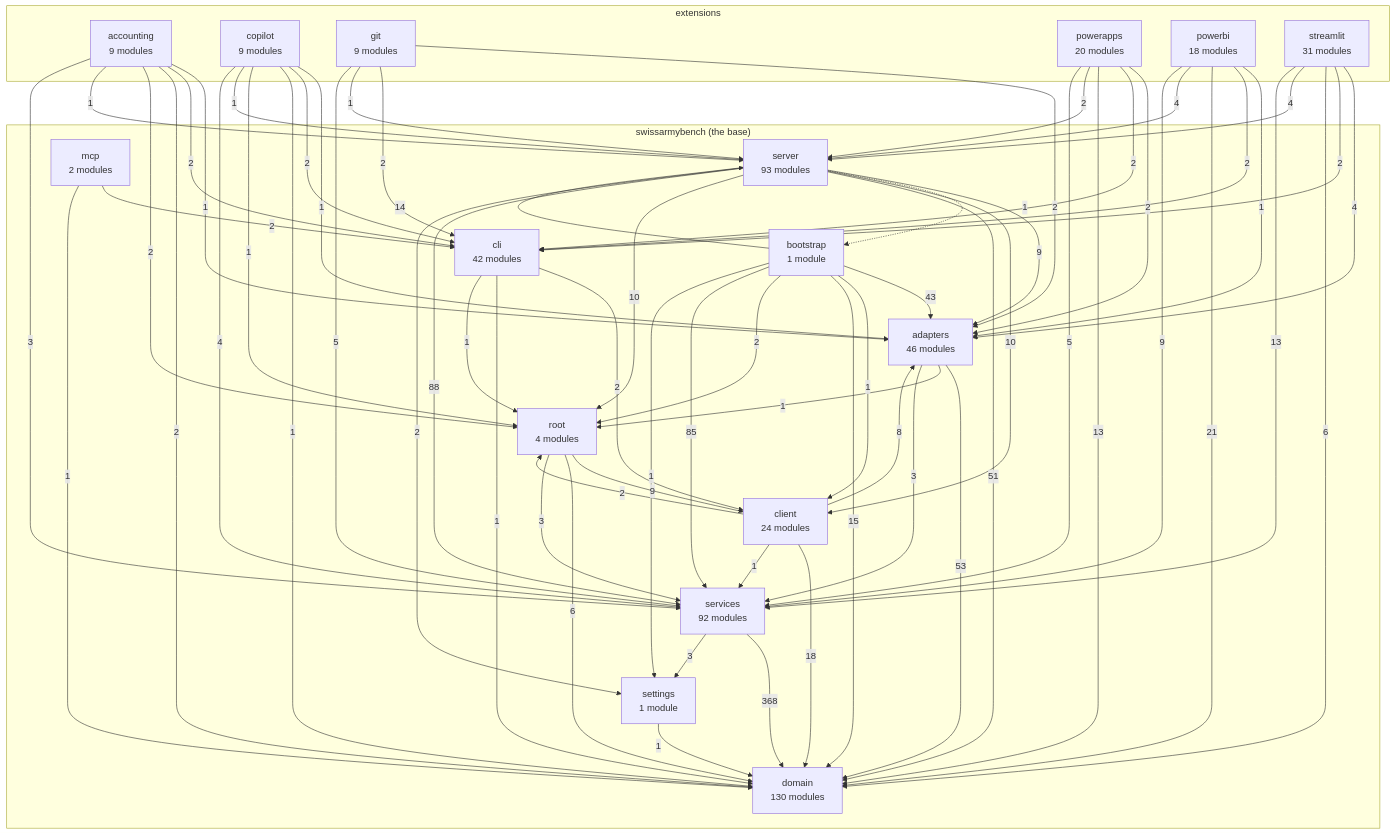
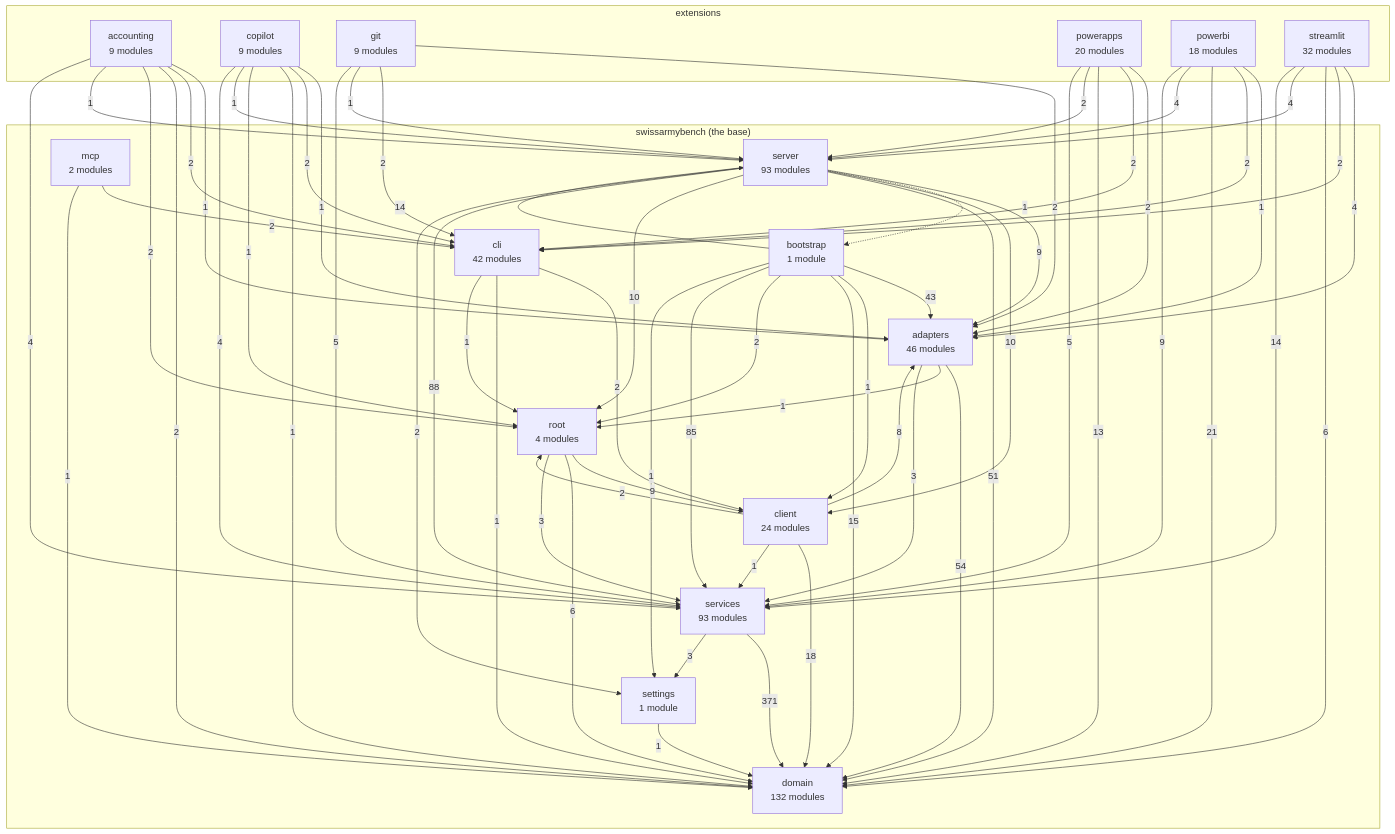
One commit to DylanCodyBrown/SwissArmyBench changed the diagram in docs/architecture-map.md. Above: the diagram before and after it, drawn with Mermaid. The commit also changed other lines of this file and 81 other files, not shown here.

````diff
--- a/docs/architecture-map.md
+++ b/docs/architecture-map.md
@@ -17,9 +17,9 @@
 ```mermaid
 flowchart TB
     subgraph base["swissarmybench (the base)"]
-        domain["domain<br/>130 modules"]
+        domain["domain<br/>132 modules"]
         settings["settings<br/>1 module"]
-        services["services<br/>92 modules"]
+        services["services<br/>93 modules"]
         adapters["adapters<br/>46 modules"]
         cli["cli<br/>42 modules"]
         client["client<br/>24 modules"]
@@ -34,9 +34,9 @@
         ext_git["git<br/>9 modules"]
         ext_powerapps["powerapps<br/>20 modules"]
         ext_powerbi["powerbi<br/>18 modules"]
-        ext_streamlit["streamlit<br/>31 modules"]
+        ext_streamlit["streamlit<br/>32 modules"]
     end
-    adapters -->|53| domain
+    adapters -->|54| domain
     adapters -->|1| root
     adapters -->|3| services
     bootstrap -->|43| adapters
@@ -58,7 +58,7 @@
     ext_accounting -->|2| domain
     ext_accounting -->|2| root
     ext_accounting -->|1| server
-    ext_accounting -->|3| services
+    ext_accounting -->|4| services
     ext_copilot -->|1| adapters
     ext_copilot -->|2| cli
     ext_copilot -->|1| domain
@@ -83,7 +83,7 @@
     ext_streamlit -->|2| cli
     ext_streamlit -->|6| domain
     ext_streamlit -->|4| server
-    ext_streamlit -->|13| services
+    ext_streamlit -->|14| services
     mcp -->|2| cli
     mcp -->|1| domain
     root -->|9| client
@@ -96,7 +96,7 @@
     server -->|10| root
     server -->|88| services
     server -->|2| settings
-    services -->|368| domain
+    services -->|371| domain
     services -->|3| settings
     settings -->|1| domain
 ```
````
